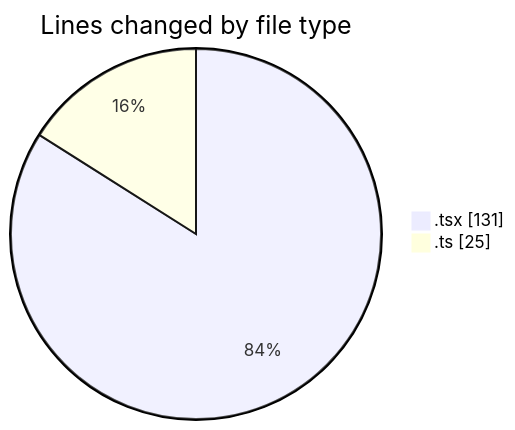
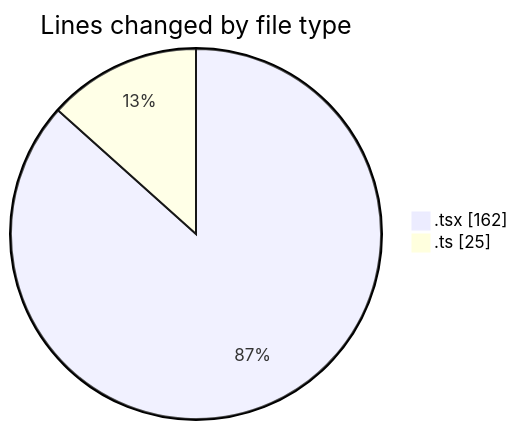
One commit to robertbonfada/code-tracking changed the first of 2 diagrams in 2025-03-19/peregrino-web/README.md. Above: the diagram before and after it, drawn with Mermaid. The commit also changed other lines of this file and 1 other file, not shown here.

````diff
--- a/2025-03-19/peregrino-web/README.md
+++ b/2025-03-19/peregrino-web/README.md
@@ -23,6 +23,6 @@
 ```mermaid
 pie showData
 title Lines changed by file type
-".tsx" : 131
+".tsx" : 162
 ".ts" : 25
 ```
````
